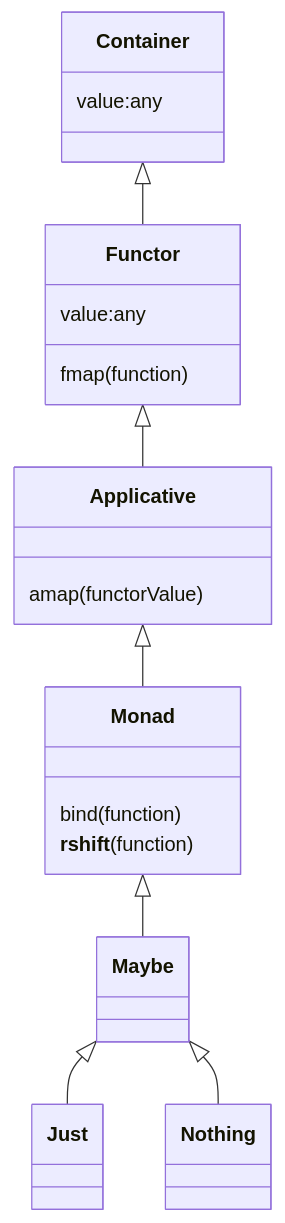
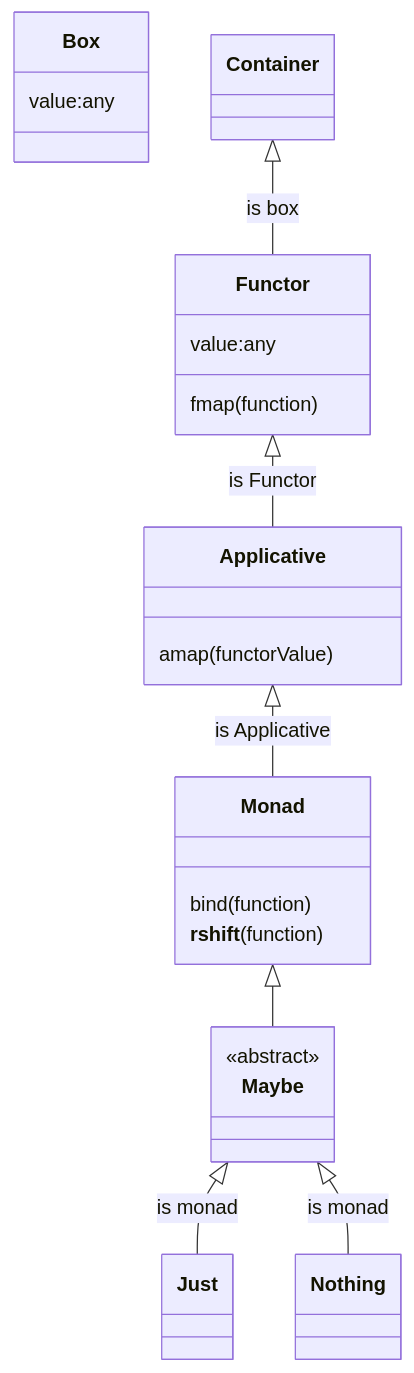
Before and after one commit to jwang1122/python: diagram 20 of 22 in doc/python.md, drawn with Mermaid. The commit also changed other lines of this file and 15 other files, not shown here.

````diff
--- a/doc/python.md
+++ b/doc/python.md
@@ -1560,25 +1567,27 @@
 ```mermaid
 classDiagram
 
-class Container{
+class Box{
   value:any
 }
 class Functor{
   value:any
   fmap(function)
 }
 class Applicative{
   amap(functorValue)
 }
 class Monad{
   bind(function)
   __rshift__(function)
 }
+Container<|--Functor:is box
+Functor<|--Applicative: is Functor
+Applicative<|--Monad: is Applicative
+Monad<|--Maybe
+Maybe<|--Just:is monad
+Maybe<|--Nothing: is monad
 
-Container<|--Functor
-Functor<|--Applicative
-Applicative<|--Monad
-Monad<|--Maybe
-Maybe<|--Just
-Maybe<|--Nothing
+<<abstract>> Maybe
+
 ```
````
